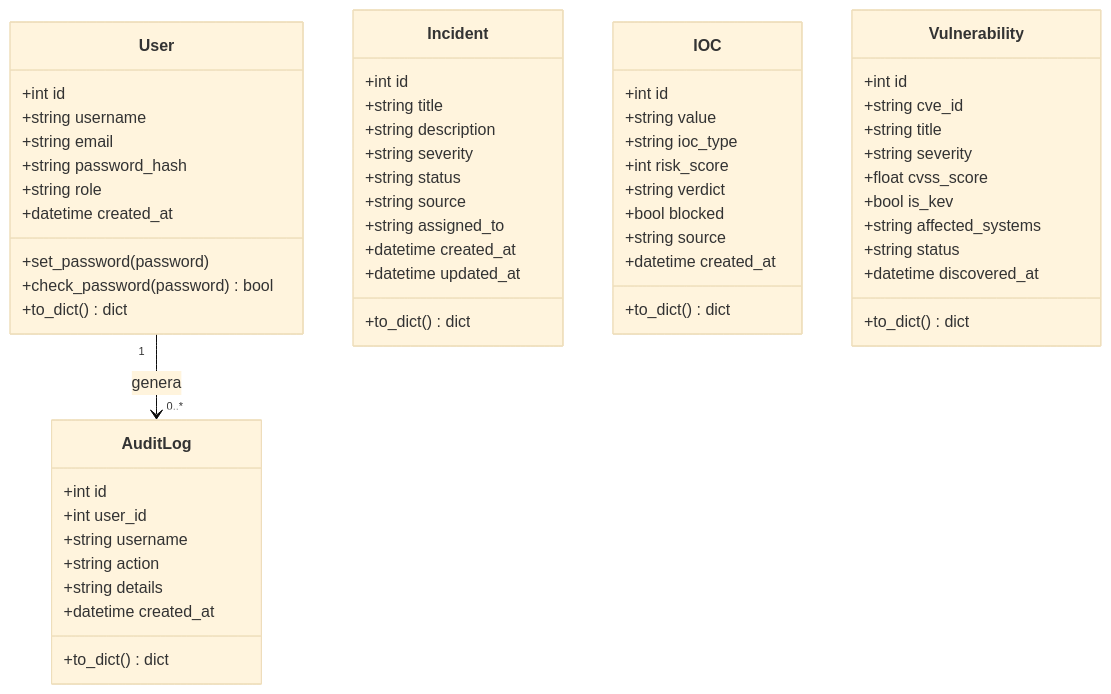
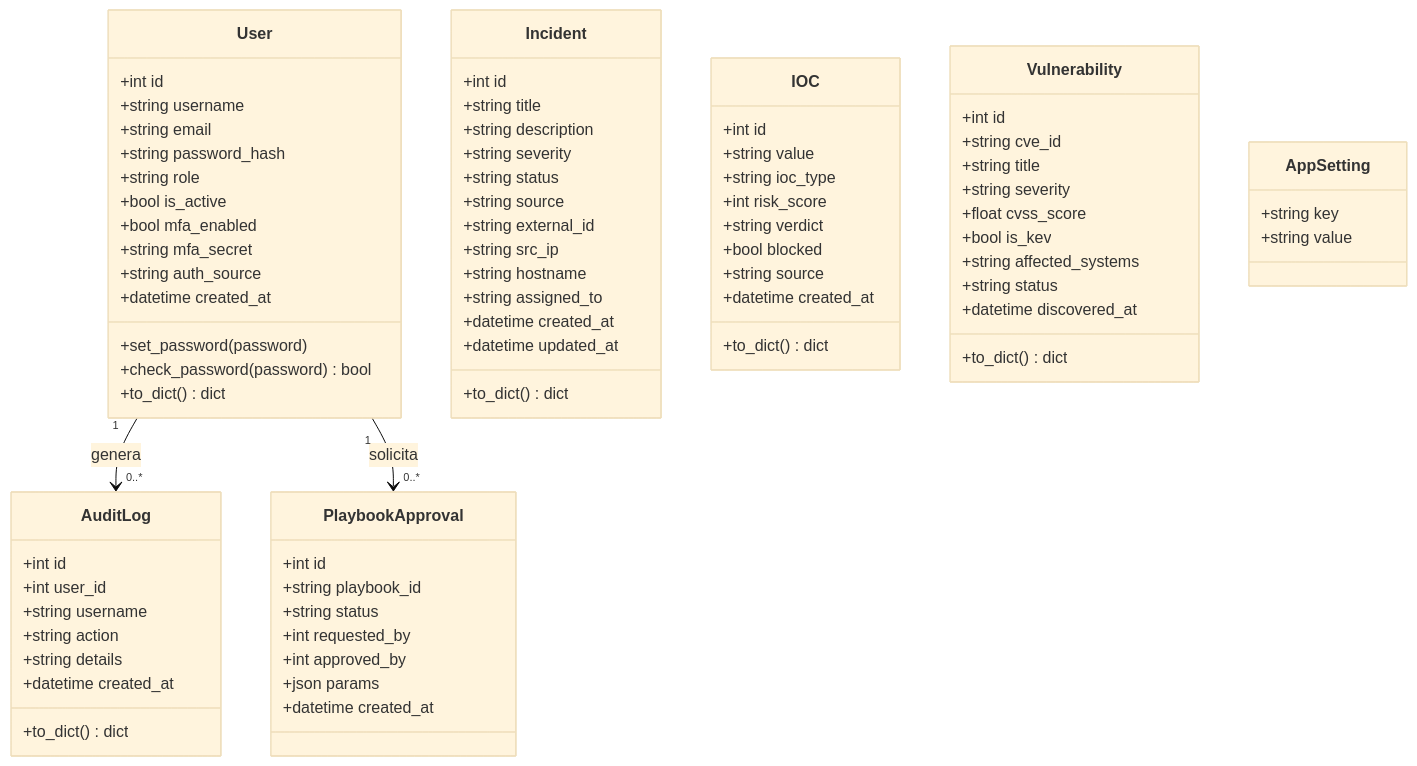
One commit to gracobjo/secopshub changed the second of 16 diagrams in docs/diagramas-uml.md. Above: the diagram before and after it, drawn with Mermaid (base theme). The commit also changed other lines of this file and 4 other files, not shown here.

First line of the commit message:
docs: alinear requisitos, CU, UML y manuales con el producto actual

````diff
--- a/docs/diagramas-uml.md
+++ b/docs/diagramas-uml.md
@@ -69,6 +88,10 @@
         +string email
         +string password_hash
         +string role
+        +bool is_active
+        +bool mfa_enabled
+        +string mfa_secret
+        +string auth_source
         +datetime created_at
         +set_password(password)
         +check_password(password) bool
@@ -82,6 +105,9 @@
         +string severity
         +string status
         +string source
+        +string external_id
+        +string src_ip
+        +string hostname
         +string assigned_to
         +datetime created_at
         +datetime updated_at
@@ -123,5 +149,21 @@
         +to_dict() dict
     }
 
+    class AppSetting {
+        +string key
+        +string value
+    }
+
+    class PlaybookApproval {
+        +int id
+        +string playbook_id
+        +string status
+        +int requested_by
+        +int approved_by
+        +json params
+        +datetime created_at
+    }
+
     User "1" --> "0..*" AuditLog : genera
+    User "1" --> "0..*" PlaybookApproval : solicita
 ```
````
